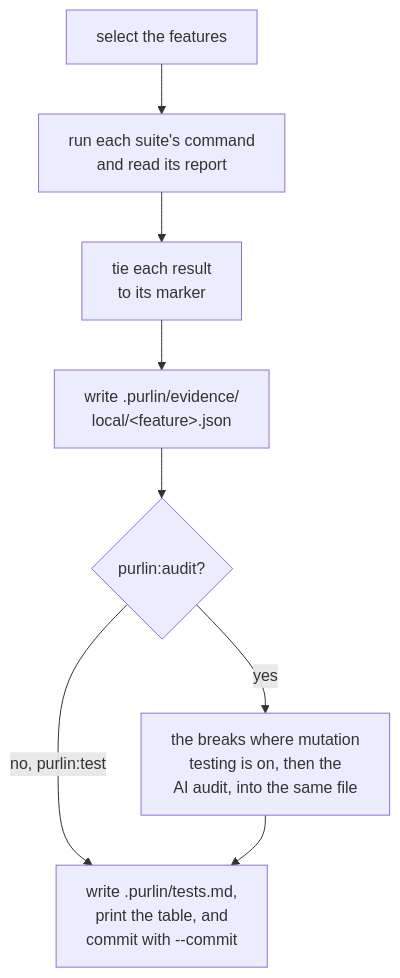
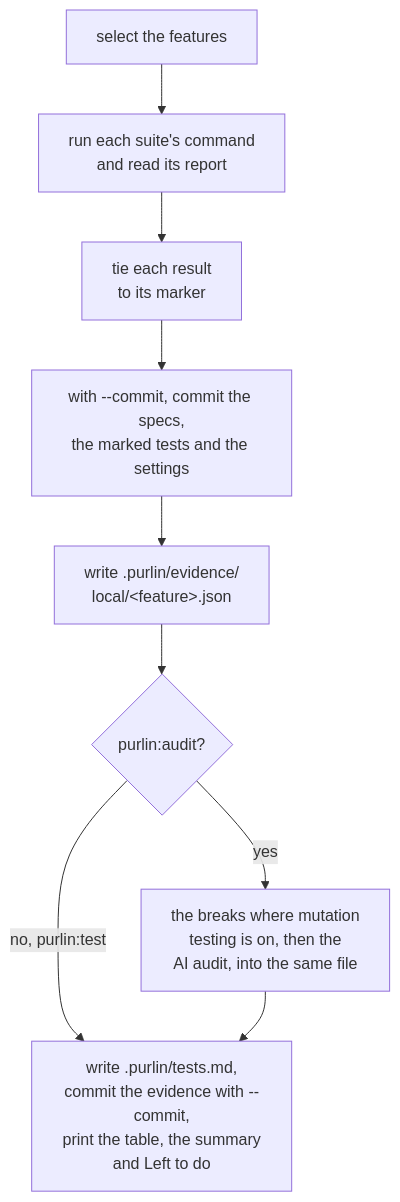
Before and after one commit to rlabarca/purlin: the first of 2 diagrams in docs/running-and-evidence.md, drawn with Mermaid. The commit also changed other lines of this file and 1 other file, not shown here.

First line of the commit message:
docs: running-and-evidence and dashboard say what the product does now

````diff
--- a/docs/running-and-evidence.md
+++ b/docs/running-and-evidence.md
@@ -159,10 +278,11 @@
 ```mermaid
 flowchart TD
     S["select the features"] --> R["run each suite's command<br>and read its report"]
     R --> M["tie each result<br>to its marker"]
-    M --> W["write .purlin/evidence/<br>local/#lt;feature#gt;.json"]
+    M --> C["with --commit, commit the specs,<br>the marked tests and the settings"]
+    C --> W["write .purlin/evidence/<br>local/#lt;feature#gt;.json"]
     W --> Q{"purlin:audit?"}
     Q -->|yes| A["the breaks where mutation<br>testing is on, then the<br>AI audit, into the same file"]
     Q -->|"no, purlin:test"| T
-    A --> T["write .purlin/tests.md,<br>print the table, and<br>commit with --commit"]
+    A --> T["write .purlin/tests.md,<br>commit the evidence with --commit,<br>print the table, the summary<br>and Left to do"]
 ```
````
